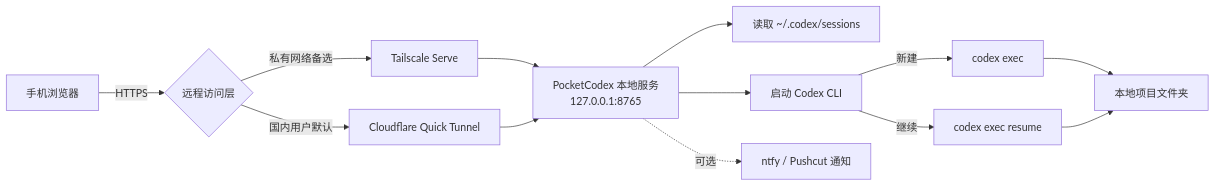
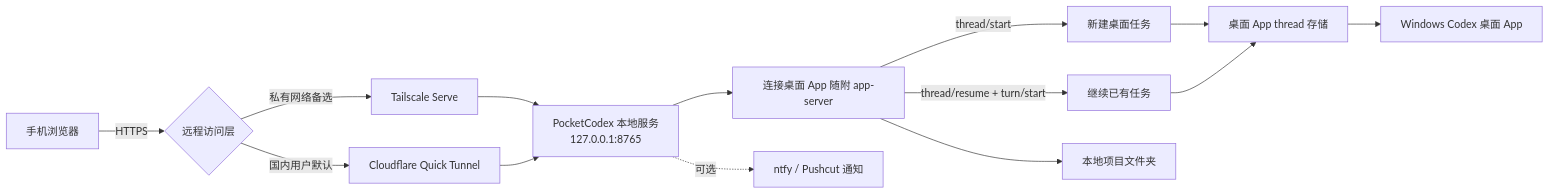
Before and after one commit to wanlixing-dream/Pocket-Codex: the diagram in README.md, drawn with Mermaid. The commit also changed other lines of this file and 9 other files, not shown here.

````diff
--- a/README.md
+++ b/README.md
@@ -34,15 +34,16 @@
 ```mermaid
 flowchart LR
     Phone[手机浏览器] -->|HTTPS| Access{远程访问层}
     Access -->|国内用户默认| CF[Cloudflare Quick Tunnel]
     Access -->|私有网络备选| TS[Tailscale Serve]
     TS --> Server[PocketCodex 本地服务<br/>127.0.0.1:8765]
     CF --> Server
-    Server --> Sessions[读取 ~/.codex/sessions]
-    Server --> Runner[启动 Codex CLI]
-    Runner -->|新建| New[codex exec]
-    Runner -->|继续| Resume[codex exec resume]
-    New --> Workspace[本地项目文件夹]
-    Resume --> Workspace
+    Server --> Bridge[连接桌面 App 随附 app-server]
+    Bridge -->|thread/start| New[新建桌面任务]
+    Bridge -->|thread/resume + turn/start| Resume[继续已有任务]
+    New --> Store[桌面 App thread 存储]
+    Resume --> Store
+    Store --> Desktop[Windows Codex 桌面 App]
+    Bridge --> Workspace[本地项目文件夹]
     Server -.可选.-> Notify[ntfy / Pushcut 通知]
 ```
````
